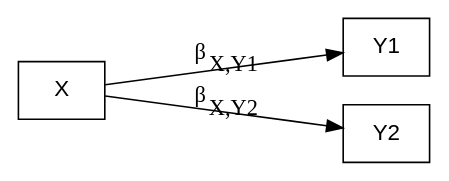
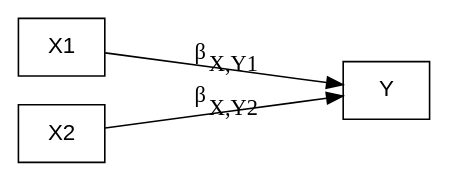
Diagram 17 of 24 in 5_Slides/Intro_to_SEM_part1.qmd (pennekampster/Swiss_SEM), drawn with Graphviz before and after one commit. The commit also changed other lines of this file and 1 other file, not shown here.

````diff
--- a/5_Slides/Intro_to_SEM_part1.qmd
+++ b/5_Slides/Intro_to_SEM_part1.qmd
@@ -967,22 +991,20 @@
 ```{dot}
 //| fig-width: 5
 digraph {
 
   # a 'graph' statement
   graph [overlap = false, fontsize = 5, layout = dot, rankdir = LR];
 
   # 'node' statements
   node [shape = box, fontname = Helvetica];
   
-  X; 
-  Y1; 
-  Y2;
+  X1; 
+  X2; 
+  Y;
   
   # 'edge' statements
-  X -> Y1 [label = <&beta;<SUB>X,Y1</SUB>> minlen=3 ];
-  X -> Y2 [label = <&beta;<SUB>X,Y2</SUB>> minlen=3 ];
-
-  {rank=min; X; };
+  X1 -> Y [label = <&beta;<SUB>X,Y1</SUB>> minlen=3 ];
+  X2 -> Y [label = <&beta;<SUB>X,Y2</SUB>> minlen=3 ];
 
 }
 ```
````
